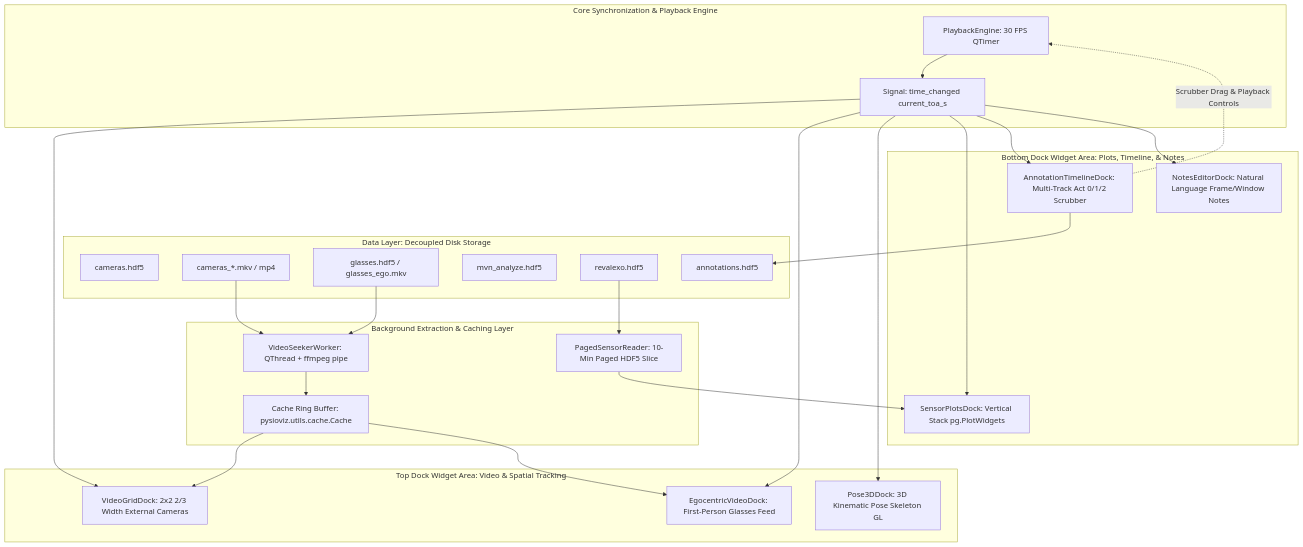
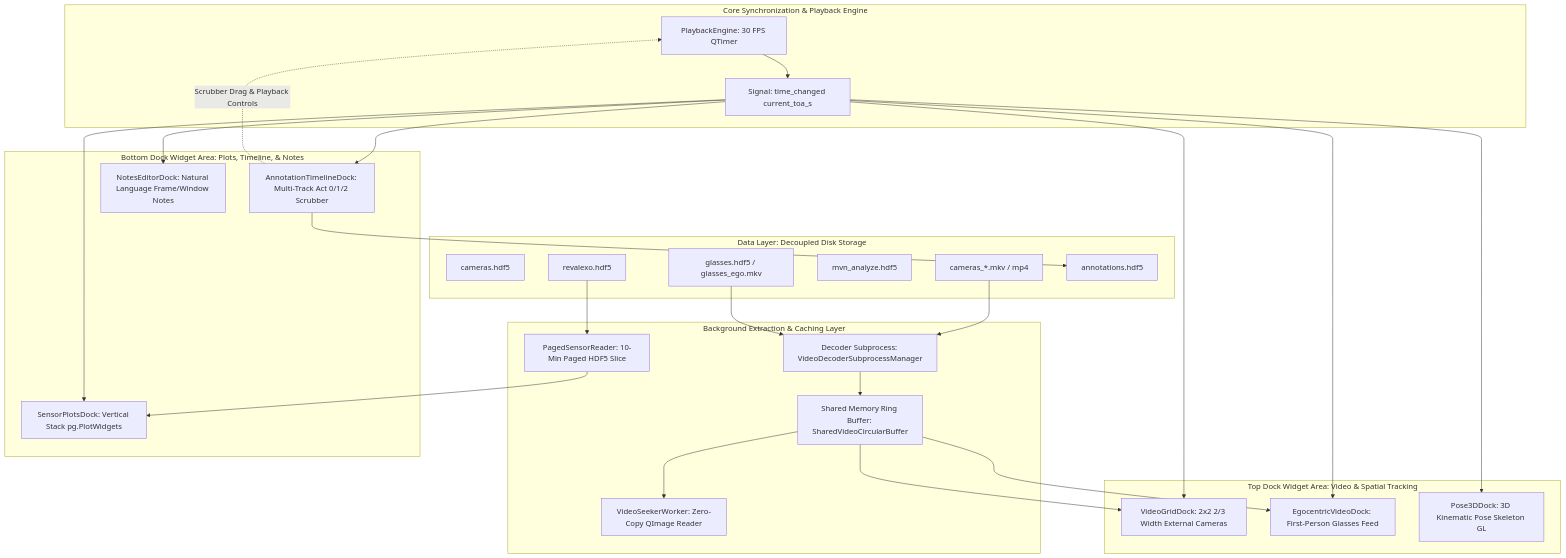
One commit to maximyudayev/pysioviz changed the diagram in WALKTHROUGH.md. Above: the diagram before and after it, drawn with Mermaid. The commit also changed other lines of this file and 5 other files, not shown here.

````diff
--- a/WALKTHROUGH.md
+++ b/WALKTHROUGH.md
@@ -47,51 +47,53 @@
 ```mermaid
 flowchart TD
     subgraph Data Layer [Data Layer: Decoupled Disk Storage]
         H5_CAM[cameras.hdf5]
         MKV_CAM[cameras_*.mkv / mp4]
         H5_EGO[glasses.hdf5 / glasses_ego.mkv]
         H5_POSE[mvn_analyze.hdf5]
         H5_SENS[revalexo.hdf5]
         H5_ANN[annotations.hdf5]
     end
 
     subgraph Core Engine [Core Synchronization & Playback Engine]
         PE[PlaybackEngine: 30 FPS QTimer]
         TIME_SIG[Signal: time_changed current_toa_s]
         PE --> TIME_SIG
     end
 
     subgraph Worker Layer [Background Extraction & Caching Layer]
-        CW[Cache Ring Buffer: pysioviz.utils.cache.Cache]
-        VSW[VideoSeekerWorker: QThread + ffmpeg pipe]
+        CW[Shared Memory Ring Buffer: SharedVideoCircularBuffer]
+        DSP[Decoder Subprocess: VideoDecoderSubprocessManager]
+        VSW[VideoSeekerWorker: Zero-Copy QImage Reader]
         PSR[PagedSensorReader: 10-Min Paged HDF5 Slice]
-        MKV_CAM --> VSW
-        H5_EGO --> VSW
-        VSW --> CW
+        MKV_CAM --> DSP
+        H5_EGO --> DSP
+        DSP --> CW
+        CW --> VSW
         H5_SENS --> PSR
     end
 
     subgraph Top Row Docks [Top Dock Widget Area: Video & Spatial Tracking]
         VGD[VideoGridDock: 2x2 2/3 Width External Cameras]
         EVD[EgocentricVideoDock: First-Person Glasses Feed]
         P3D[Pose3DDock: 3D Kinematic Pose Skeleton GL]
     end
 
     subgraph Bottom Row Docks [Bottom Dock Widget Area: Plots, Timeline, & Notes]
         SPD[SensorPlotsDock: Vertical Stack pg.PlotWidgets]
         ATD[AnnotationTimelineDock: Multi-Track Act 0/1/2 Scrubber]
         NED[NotesEditorDock: Natural Language Frame/Window Notes]
     end
 
     TIME_SIG --> VGD
     TIME_SIG --> EVD
     TIME_SIG --> P3D
     TIME_SIG --> SPD
     TIME_SIG --> ATD
     TIME_SIG --> NED
     CW --> VGD
     CW --> EVD
     PSR --> SPD
     ATD -.->|Scrubber Drag & Playback Controls| PE
     ATD --> H5_ANN
 ```
````
